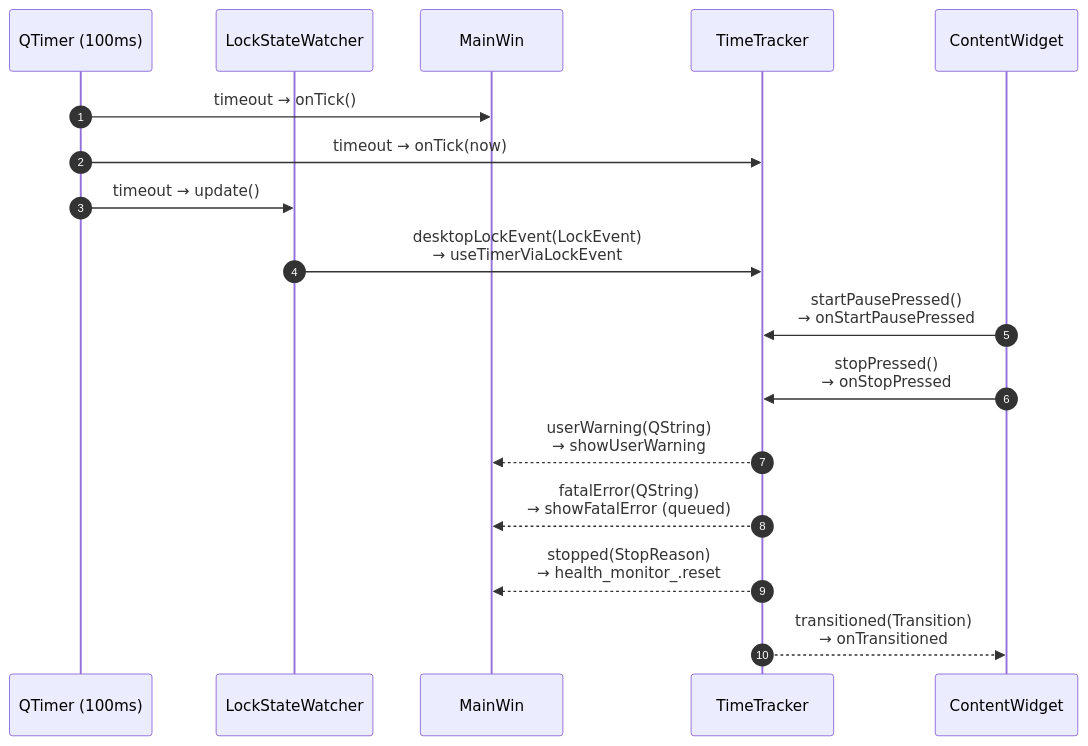
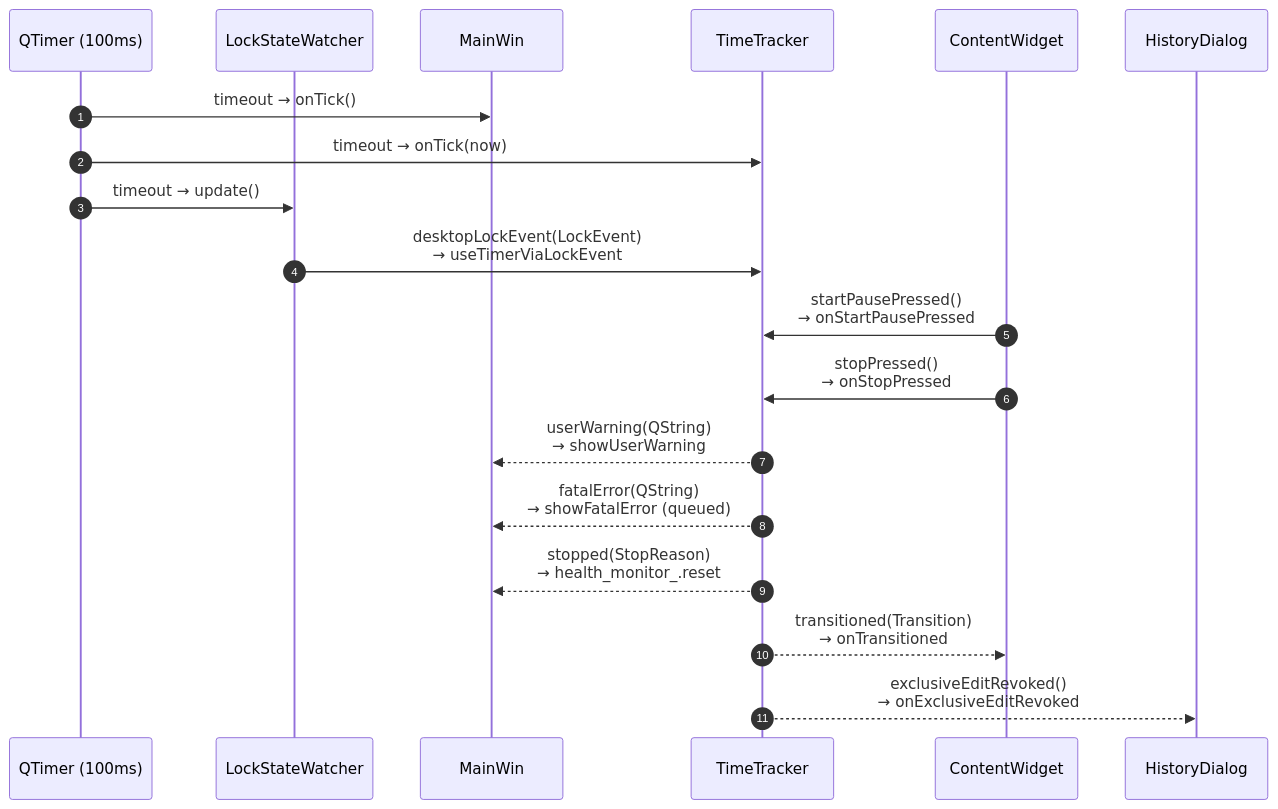
Before and after one commit to marifoo/PausePilot: the second of 2 diagrams in doc/architecture.md, drawn with Mermaid. The commit also changed other lines of this file and 5 other files, not shown here.

````diff
--- a/doc/architecture.md
+++ b/doc/architecture.md
@@ -164,20 +166,22 @@
 ```mermaid
 sequenceDiagram
     autonumber
     participant QT as QTimer (100ms)
     participant LW as LockStateWatcher
     participant MW as MainWin
     participant TT as TimeTracker
     participant CW as ContentWidget
+    participant HD as HistoryDialog
 
     QT->>MW: timeout → onTick()
     QT->>TT: timeout → onTick(now)
     QT->>LW: timeout → update()
     LW->>TT: desktopLockEvent(LockEvent)<br/>→ useTimerViaLockEvent
     CW->>TT: startPausePressed()<br/>→ onStartPausePressed
     CW->>TT: stopPressed()<br/>→ onStopPressed
     TT-->>MW: userWarning(QString)<br/>→ showUserWarning
     TT-->>MW: fatalError(QString)<br/>→ showFatalError (queued)
     TT-->>MW: stopped(StopReason)<br/>→ health_monitor_.reset
     TT-->>CW: transitioned(Transition)<br/>→ onTransitioned
+    TT-->>HD: exclusiveEditRevoked()<br/>→ onExclusiveEditRevoked
 ```
````
